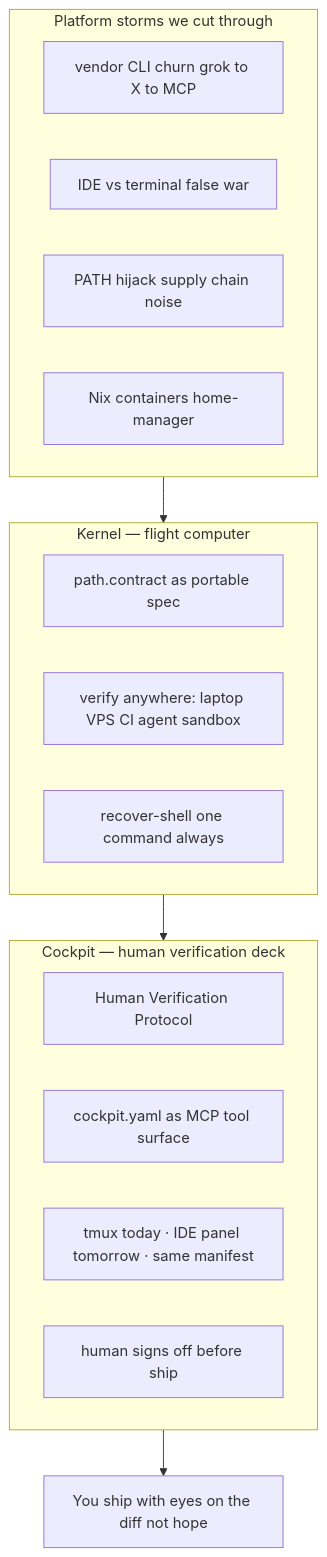
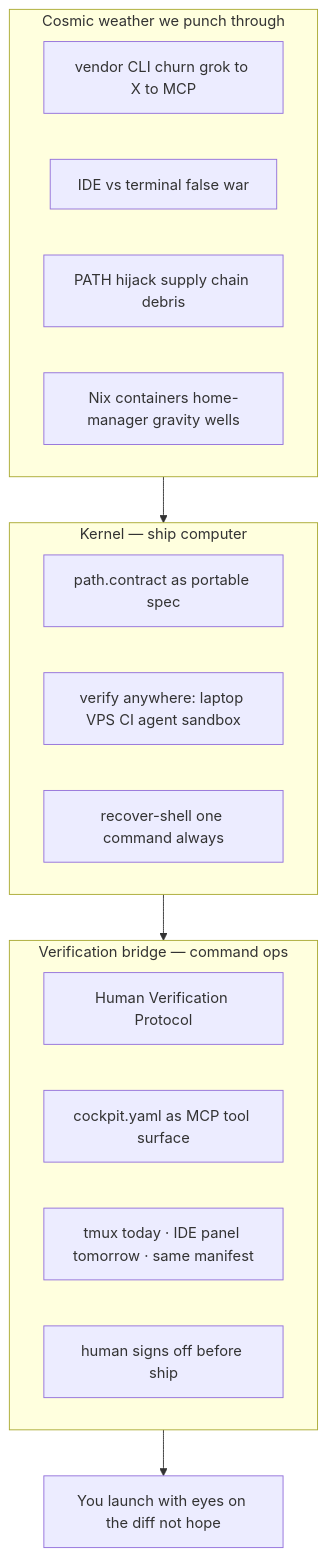
The first of 14 diagrams in arch-design/coming-next.md (p10ns11y/shellyxz.sh), drawn with Mermaid before and after one commit. The commit also changed other lines of this file, not shown here.

````diff
--- a/arch-design/coming-next.md
+++ b/arch-design/coming-next.md
@@ -22,26 +22,26 @@
 ```mermaid
 flowchart TB
-  subgraph kernel2036["Kernel — flight computer"]
+  subgraph kernel2036["Kernel — ship computer"]
     PC[path.contract as portable spec]
     VF[verify anywhere: laptop VPS CI agent sandbox]
     RC[recover-shell one command always]
   end
 
-  subgraph cockpit2036["Cockpit — human verification deck"]
+  subgraph bridge2036["Verification bridge — command ops"]
     HVP[Human Verification Protocol]
     MCP[cockpit.yaml as MCP tool surface]
     UI[tmux today · IDE panel tomorrow · same manifest]
     HITL[human signs off before ship]
   end
 
-  subgraph storms["Platform storms we cut through"]
+  subgraph storms["Cosmic weather we punch through"]
     V1[vendor CLI churn grok to X to MCP]
     V2[IDE vs terminal false war]
-    V3[PATH hijack supply chain noise]
-    V4[Nix containers home-manager]
+    V3[PATH hijack supply chain debris]
+    V4[Nix containers home-manager gravity wells]
   end
 
   storms --> kernel2036
-  kernel2036 --> cockpit2036
-  cockpit2036 --> OUT[You ship with eyes on the diff not hope]
+  kernel2036 --> bridge2036
+  bridge2036 --> OUT[You launch with eyes on the diff not hope]
 ```
````
